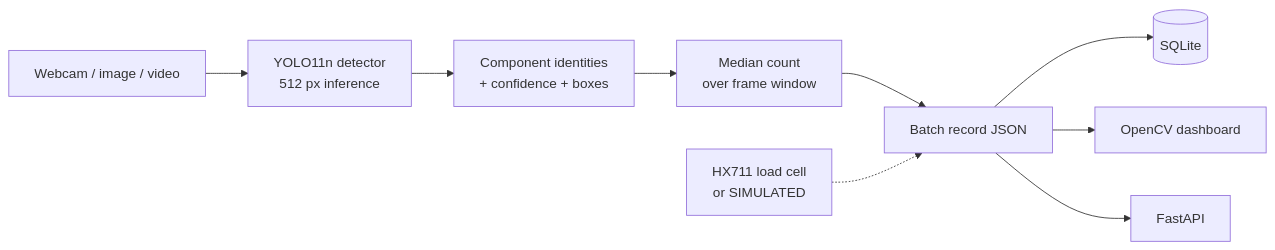
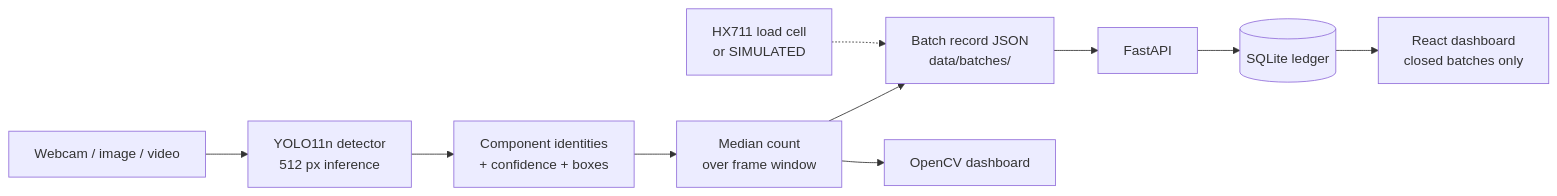
Before and after one commit to parth-sharma-10/aurum: the diagram in docs/architecture.md, drawn with Mermaid. The commit also changed other lines of this file and 12 other files, not shown here.

````diff
--- a/docs/architecture.md
+++ b/docs/architecture.md
@@ -9,11 +9,12 @@
 ```mermaid
 flowchart LR
     CAM[Webcam / image / video] --> DET[YOLO11n detector<br/>512 px inference]
     DET --> ID[Component identities<br/>+ confidence + boxes]
     ID --> CNT[Median count<br/>over frame window]
-    CNT --> REC[Batch record JSON]
+    CNT --> REC[Batch record JSON<br/>data/batches/]
     W[HX711 load cell<br/>or SIMULATED] -.-> REC
-    REC --> DB[(SQLite)]
-    REC --> UI[OpenCV dashboard]
+    CNT --> UI[OpenCV dashboard]
     REC --> API[FastAPI]
+    API --> DB[(SQLite ledger)]
+    DB --> WEB[React dashboard<br/>closed batches only]
 ```
````
